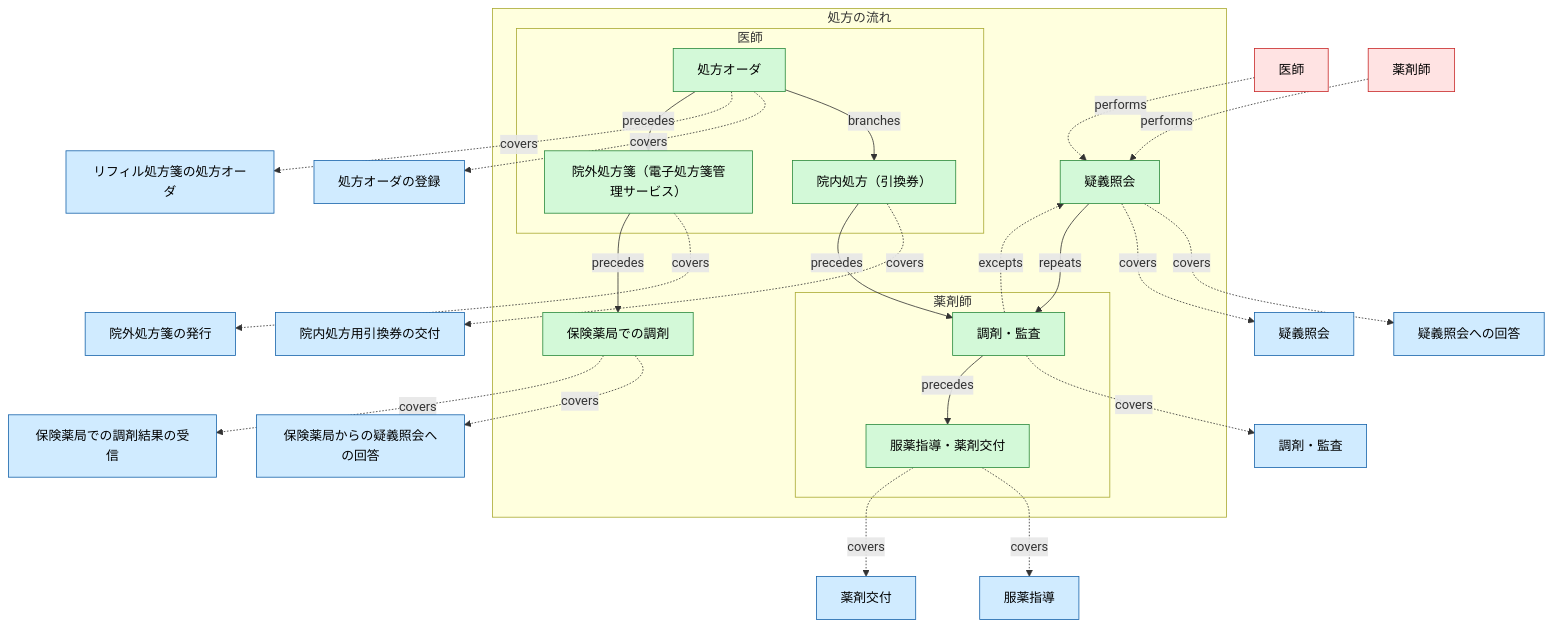
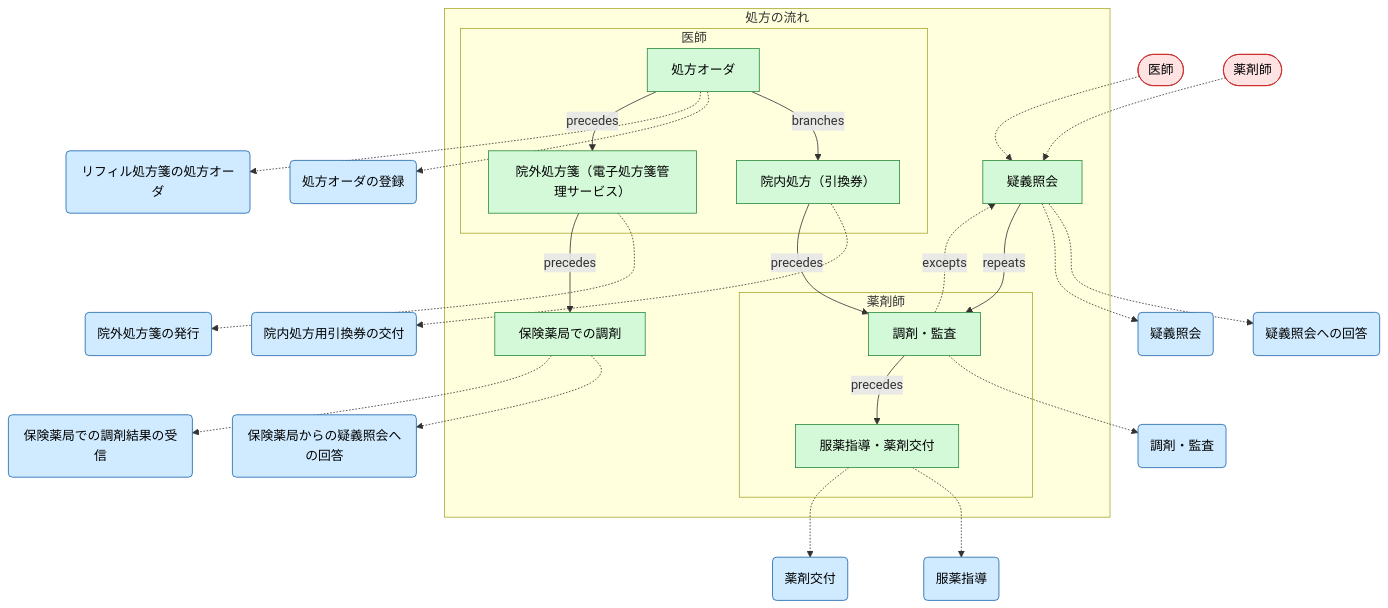
The ninth of 12 diagrams in samples/clinic-ops/prd.md (manji-0/rdra-ish-dsl), drawn with Mermaid before and after one commit. The commit also changed other lines of this file and 95 other files, not shown here.

````diff
--- a/samples/clinic-ops/prd.md
+++ b/samples/clinic-ops/prd.md
@@ -699,72 +699,72 @@
 ```mermaid
 %% rdra-ish diagram=flow scope=buc:BucPrescriptionFulfillment model=samples/clinic-ops
 %% kinds: flow step lane actor usecase
 %% omitted: buc
 flowchart TD
   subgraph flow__PrescriptionFlow["処方の流れ"]
     step__InquiryStep["疑義照会"]:::step
     step__PharmacyStep["保険薬局での調剤"]:::step
     subgraph lane__PrescriptionFlow__Clinician["医師"]
       %% lane lane__PrescriptionFlow__Clinician: actor__Clinician
       step__InhouseStep["院内処方（引換券）"]:::step
       step__OrderStep["処方オーダ"]:::step
       step__OutsideStep["院外処方箋（電子処方箋管理サービス）"]:::step
     end
     subgraph lane__PrescriptionFlow__Pharmacist["薬剤師"]
       %% lane lane__PrescriptionFlow__Pharmacist: actor__Pharmacist
       step__CounselStep["服薬指導・薬剤交付"]:::step
       step__DispenseStep["調剤・監査"]:::step
     end
   end
-  actor__Clinician["医師"]:::actor
+  actor__Clinician(["医師"]):::actor
   %% desc actor__Clinician: 診察し、診断・オーダ・処方を出し、診療記録に署名する。
-  actor__Pharmacist["薬剤師"]:::actor
+  actor__Pharmacist(["薬剤師"]):::actor
   %% desc actor__Pharmacist: 院内処方を調剤・監査し、服薬指導と交付を行う。疑わしい処方は医師に照会する。
-  usecase__AnswerPharmacyInquiry["保険薬局からの疑義照会への回答"]:::usecase
+  usecase__AnswerPharmacyInquiry("保険薬局からの疑義照会への回答"):::usecase
   %% desc usecase__AnswerPharmacyInquiry: 保険薬局からの疑義照会への回答。
-  usecase__AnswerPrescriptionInquiry["疑義照会への回答"]:::usecase
+  usecase__AnswerPrescriptionInquiry("疑義照会への回答"):::usecase
   %% desc usecase__AnswerPrescriptionInquiry: 医師の回答で引換券へ戻す。
-  usecase__ConfirmDispense["保険薬局での調剤結果の受信"]:::usecase
+  usecase__ConfirmDispense("保険薬局での調剤結果の受信"):::usecase
   %% desc usecase__ConfirmDispense: 保険薬局での調剤結果の受信。
-  usecase__CounselMedication["服薬指導"]:::usecase
+  usecase__CounselMedication("服薬指導"):::usecase
   %% desc usecase__CounselMedication: 服薬指導。
-  usecase__DispenseAndAudit["調剤・監査"]:::usecase
+  usecase__DispenseAndAudit("調剤・監査"):::usecase
   %% desc usecase__DispenseAndAudit: 薬剤師による調剤・監査。
-  usecase__DraftPrescription["処方オーダの登録"]:::usecase
+  usecase__DraftPrescription("処方オーダの登録"):::usecase
   %% desc usecase__DraftPrescription: 処方オーダの作成。
-  usecase__HandOverMedication["薬剤交付"]:::usecase
+  usecase__HandOverMedication("薬剤交付"):::usecase
   %% desc usecase__HandOverMedication: 薬剤交付。
-  usecase__IssueInhouseVoucher["院内処方用引換券の交付"]:::usecase
+  usecase__IssueInhouseVoucher("院内処方用引換券の交付"):::usecase
   %% desc usecase__IssueInhouseVoucher: 院内処方用引換券の交付。
-  usecase__IssueOutsidePrescription["院外処方箋の発行"]:::usecase
+  usecase__IssueOutsidePrescription("院外処方箋の発行"):::usecase
   %% desc usecase__IssueOutsidePrescription: 院外処方箋の発行と電子処方箋管理サービスへの登録。
-  usecase__IssueRefillPrescription["リフィル処方箋の処方オーダ"]:::usecase
+  usecase__IssueRefillPrescription("リフィル処方箋の処方オーダ"):::usecase
   %% desc usecase__IssueRefillPrescription: リフィル処方箋の処方オーダ（使用回数の上限を記載）。
-  usecase__RaisePrescriptionInquiry["疑義照会"]:::usecase
+  usecase__RaisePrescriptionInquiry("疑義照会"):::usecase
   %% desc usecase__RaisePrescriptionInquiry: 薬剤師による疑義照会。
-  actor__Clinician -.->|performs| step__InquiryStep
-  actor__Pharmacist -.->|performs| step__InquiryStep
-  step__CounselStep -.->|covers| usecase__CounselMedication
-  step__CounselStep -.->|covers| usecase__HandOverMedication
-  step__DispenseStep -.->|covers| usecase__DispenseAndAudit
+  actor__Clinician -.-> step__InquiryStep
+  actor__Pharmacist -.-> step__InquiryStep
+  step__CounselStep -.-> usecase__CounselMedication
+  step__CounselStep -.-> usecase__HandOverMedication
+  step__DispenseStep -.-> usecase__DispenseAndAudit
   step__DispenseStep -.->|excepts| step__InquiryStep
   step__DispenseStep -->|precedes| step__CounselStep
-  step__InhouseStep -.->|covers| usecase__IssueInhouseVoucher
+  step__InhouseStep -.-> usecase__IssueInhouseVoucher
   step__InhouseStep -->|precedes| step__DispenseStep
-  step__InquiryStep -.->|covers| usecase__AnswerPrescriptionInquiry
-  step__InquiryStep -.->|covers| usecase__RaisePrescriptionInquiry
+  step__InquiryStep -.-> usecase__AnswerPrescriptionInquiry
+  step__InquiryStep -.-> usecase__RaisePrescriptionInquiry
   step__InquiryStep -->|repeats| step__DispenseStep
   step__OrderStep -->|branches| step__InhouseStep
-  step__OrderStep -.->|covers| usecase__DraftPrescription
-  step__OrderStep -.->|covers| usecase__IssueRefillPrescription
+  step__OrderStep -.-> usecase__DraftPrescription
+  step__OrderStep -.-> usecase__IssueRefillPrescription
   step__OrderStep -->|precedes| step__OutsideStep
-  step__OutsideStep -.->|covers| usecase__IssueOutsidePrescription
+  step__OutsideStep -.-> usecase__IssueOutsidePrescription
   step__OutsideStep -->|precedes| step__PharmacyStep
-  step__PharmacyStep -.->|covers| usecase__AnswerPharmacyInquiry
-  step__PharmacyStep -.->|covers| usecase__ConfirmDispense
+  step__PharmacyStep -.-> usecase__AnswerPharmacyInquiry
+  step__PharmacyStep -.-> usecase__ConfirmDispense
   classDef flow fill:#d3f9d8,stroke:#2b8a3e,color:#000;
   classDef step fill:#d3f9d8,stroke:#2b8a3e,color:#000;
   classDef lane fill:#d3f9d8,stroke:#2b8a3e,color:#000;
   classDef actor fill:#ffe3e3,stroke:#c92a2a,color:#000;
   classDef usecase fill:#d0ebff,stroke:#1864ab,color:#000;
 ```
````
